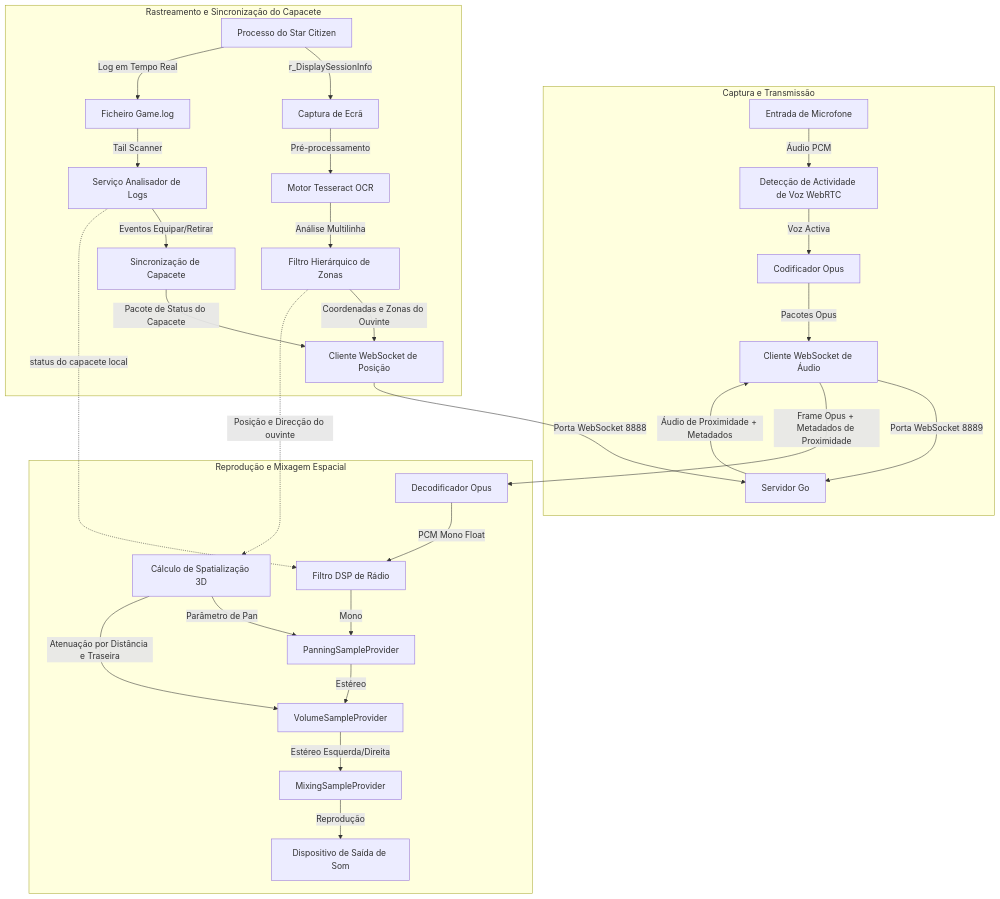
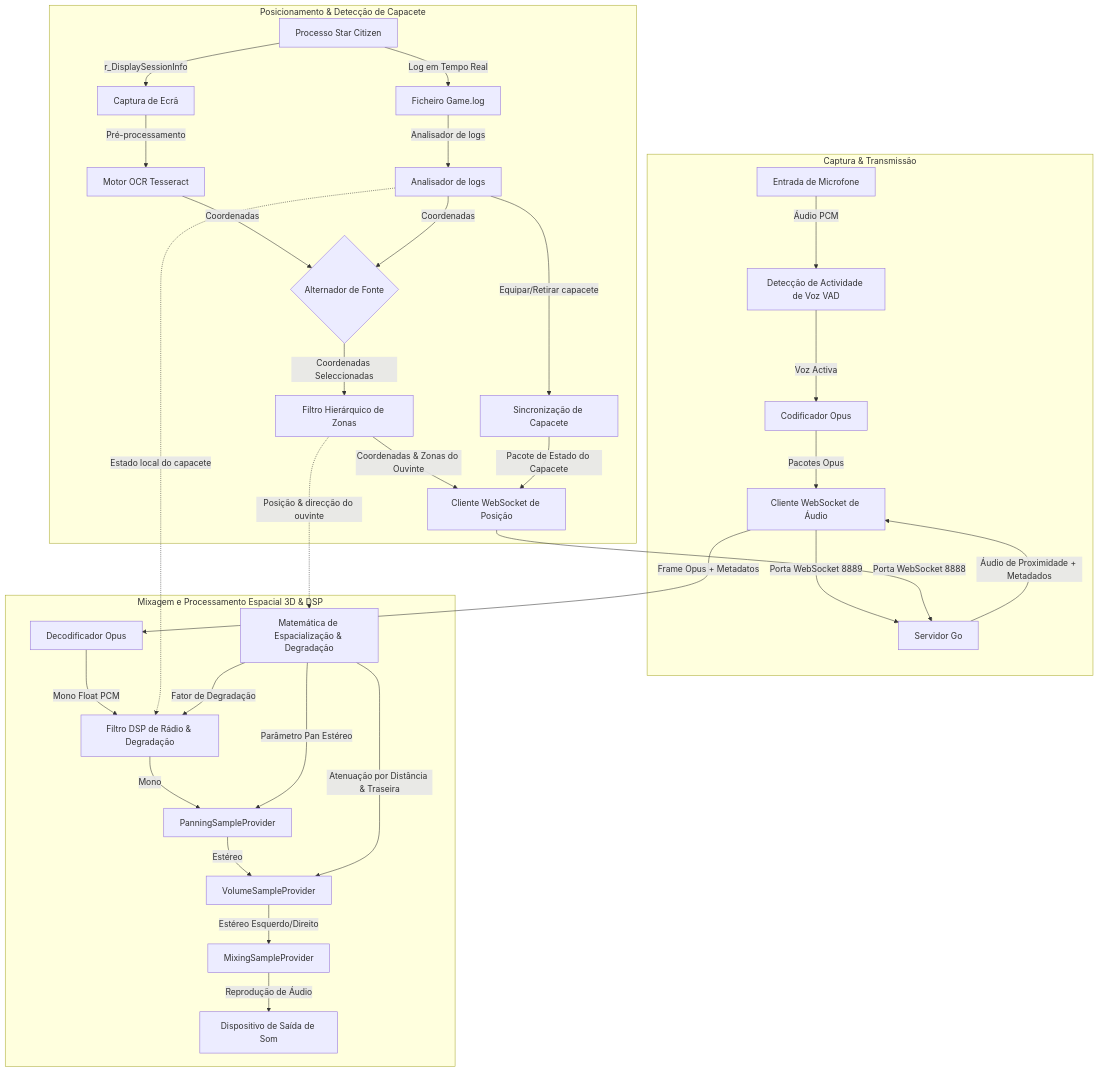
One commit to XuruDragon/XuruVOIP changed the diagram in doc/README.pt-PT.md. Above: the diagram before and after it, drawn with Mermaid. The commit also changed other lines of this file and 17 other files, not shown here.

````diff
--- a/doc/README.pt-PT.md
+++ b/doc/README.pt-PT.md
@@ -80,39 +80,45 @@
 ```mermaid
 graph TD
-    subgraph Captura e Transmissão
-        Mic[Entrada de Microfone] -->|Áudio PCM| VAD[Detecção de Actividade de Voz WebRTC]
+    subgraph Captura & Transmissão
+        Mic[Entrada de Microfone] -->|Áudio PCM| VAD[Detecção de Actividade de Voz VAD]
         VAD -->|Voz Activa| OpusEnc[Codificador Opus]
         OpusEnc -->|Pacotes Opus| AudioWS[Cliente WebSocket de Áudio]
         AudioWS -->|Porta WebSocket 8889| Server[Servidor Go]
     end
 
-    subgraph Rastreamento e Sincronização do Capacete
-        SC[Processo do Star Citizen] -->|r_DisplaySessionInfo| Screen[Captura de Ecrã]
-        Screen -->|Pré-processamento| Tess[Motor Tesseract OCR]
-        Tess -->|Análise Multilinha| Zone[Filtro Hierárquico de Zonas]
-        Zone -->|Coordenadas e Zonas do Ouvinte| PosWS[Cliente WebSocket de Posição]
+    subgraph Posicionamento & Detecção de Capacete
+        SC[Processo Star Citizen] -->|r_DisplaySessionInfo| Screen[Captura de Ecrã]
+        Screen -->|Pré-processamento| Tess[Motor OCR Tesseract]
+        
+        SC -->|Log em Tempo Real| GameLog[Ficheiro Game.log]
+        GameLog -->|Analisador de logs| LogParser[Analisador de logs]
+        
+        Tess -->|Coordenadas| PosSelector{Alternador de Fonte}
+        LogParser -->|Coordenadas| PosSelector
+        
+        PosSelector -->|Coordenadas Seleccionadas| Zone[Filtro Hierárquico de Zonas]
+        Zone -->|Coordenadas & Zonas do Ouvinte| PosWS[Cliente WebSocket de Posição]
         PosWS -->|Porta WebSocket 8888| Server
 
-        SC -->|Log em Tempo Real| GameLog[Ficheiro Game.log]
-        GameLog -->|Tail Scanner| LogParser[Serviço Analisador de Logs]
-        LogParser -->|Eventos Equipar/Retirar| Helmet[Sincronização de Capacete]
-        Helmet -->|Pacote de Status do Capacete| PosWS
+        LogParser -->|Equipar/Retirar capacete| Helmet[Sincronização de Capacete]
+        Helmet -->|Pacote de Estado do Capacete| PosWS
     end
 
-    subgraph Reprodução e Mixagem Espacial
+    subgraph Mixagem e Processamento Espacial 3D & DSP
         Server -->|Áudio de Proximidade + Metadados| AudioWS
-        AudioWS -->|Frame Opus + Metadados de Proximidade| Decoder[Decodificador Opus]
-        Decoder -->|PCM Mono Float| DSP[Filtro DSP de Rádio]
+        AudioWS -->|Frame Opus + Metadatos| Decoder[Decodificador Opus]
+        Decoder -->|Mono Float PCM| DSP[Filtro DSP de Rádio & Degradação]
         DSP -->|Mono| Panner[PanningSampleProvider]
         Panner -->|Estéreo| Volume[VolumeSampleProvider]
         
-        LogParser -.->|status do capacete local| DSP
-        Zone -.->|Posição e Direcção do ouvinte| MixerMath[Cálculo de Spatialização 3D]
+        LogParser -.->|Estado local do capacete| DSP
+        Zone -.->|Posição & direcção do ouvinte| MixerMath[Matemática de Espacialização & Degradação]
         
-        MixerMath -->|Parâmetro de Pan| Panner
-        MixerMath -->|Atenuação por Distância e Traseira| Volume
+        MixerMath -->|Parâmetro Pan Estéreo| Panner
+        MixerMath -->|Atenuação por Distância & Traseira| Volume
+        MixerMath -->|Fator de Degradação| DSP
         
-        Volume -->|Estéreo Esquerda/Direita| Mixer[MixingSampleProvider]
-        Mixer -->|Reprodução| Speakers[Dispositivo de Saída de Som]
+        Volume -->|Estéreo Esquerdo/Direito| Mixer[MixingSampleProvider]
+        Mixer -->|Reprodução de Áudio| Speakers[Dispositivo de Saída de Som]
     end
 ```
````
